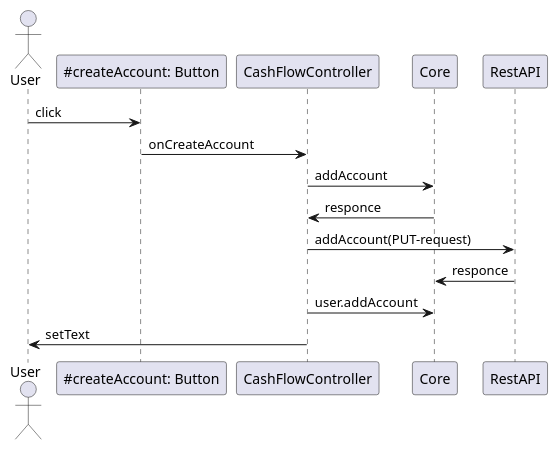
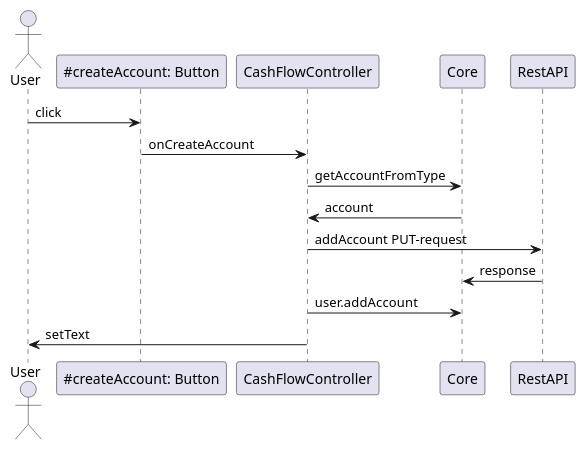
One commit to hansjhaland/CashFlow_RESTapi_JavaFX changed the diagram in cash-flow/Sekvensdiagram.puml. Above: the diagram before and after it, drawn with PlantUML.

```diff
--- a/cash-flow/Sekvensdiagram.puml
+++ b/cash-flow/Sekvensdiagram.puml
@@ -1,9 +1,11 @@
+@startuml
 actor User
 User -> "~#createAccount: Button" as createAccount: click
 createAccount -> CashFlowController: onCreateAccount
-CashFlowController -> Core: addAccount
-CashFlowController <- Core: responce
-CashFlowController -> RestAPI: addAccount(PUT-request)
-RestAPI -> Core: responce
+CashFlowController -> Core: getAccountFromType
+CashFlowController <- Core: account
+CashFlowController -> RestAPI: addAccount PUT-request
+RestAPI -> Core: response
 CashFlowController -> Core: user.addAccount
 CashFlowController -> User: setText
+@enduml
```
